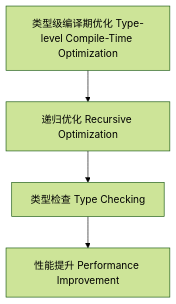
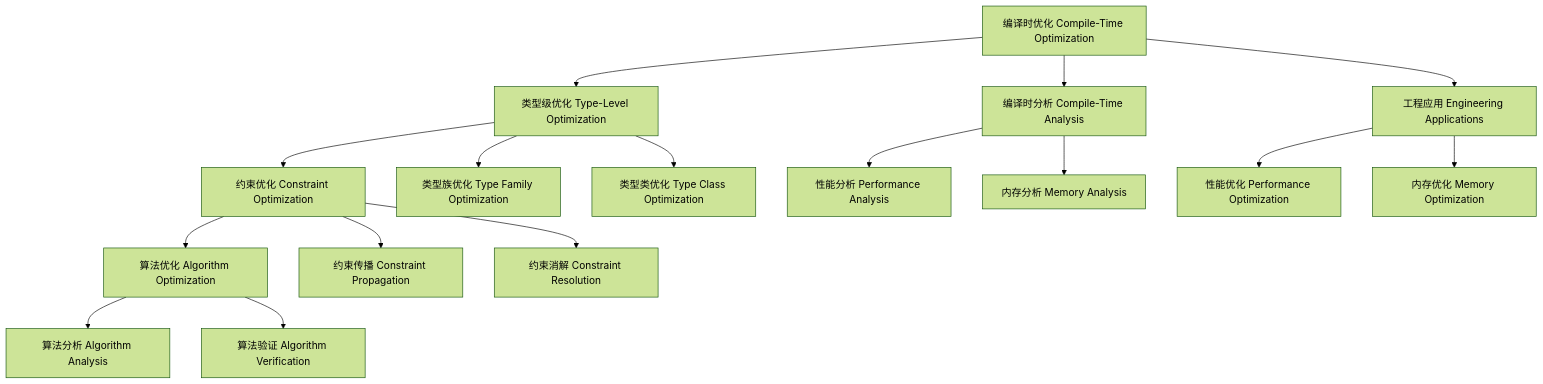
One commit to AdaMartin18010/haskell changed the diagram in docs/analysis/Type-Level/01-Compile-Time-Optimization.md. Above: the diagram before and after it, drawn with Mermaid (forest theme). The commit also changed other lines of this file and 27 other files, not shown here.

````diff
--- a/docs/analysis/Type-Level/01-Compile-Time-Optimization.md
+++ b/docs/analysis/Type-Level/01-Compile-Time-Optimization.md
@@ -50,6 +471,23 @@
 ```mermaid
 graph TD
-  A["类型级编译期优化 Type-level Compile-Time Optimization"] --> B["递归优化 Recursive Optimization"]
-  B --> C["类型检查 Type Checking"]
-  C --> D["性能提升 Performance Improvement"]
+  A["编译时优化 Compile-Time Optimization"] --> B["类型级优化 Type-Level Optimization"]
+  B --> C["约束优化 Constraint Optimization"]
+  C --> D["算法优化 Algorithm Optimization"]
+  
+  A --> E["编译时分析 Compile-Time Analysis"]
+  E --> F["性能分析 Performance Analysis"]
+  E --> G["内存分析 Memory Analysis"]
+  
+  A --> H["工程应用 Engineering Applications"]
+  H --> I["性能优化 Performance Optimization"]
+  H --> J["内存优化 Memory Optimization"]
+  
+  B --> K["类型族优化 Type Family Optimization"]
+  B --> L["类型类优化 Type Class Optimization"]
+  
+  C --> M["约束传播 Constraint Propagation"]
+  C --> N["约束消解 Constraint Resolution"]
+  
+  D --> O["算法分析 Algorithm Analysis"]
+  D --> P["算法验证 Algorithm Verification"]
 ```
````
